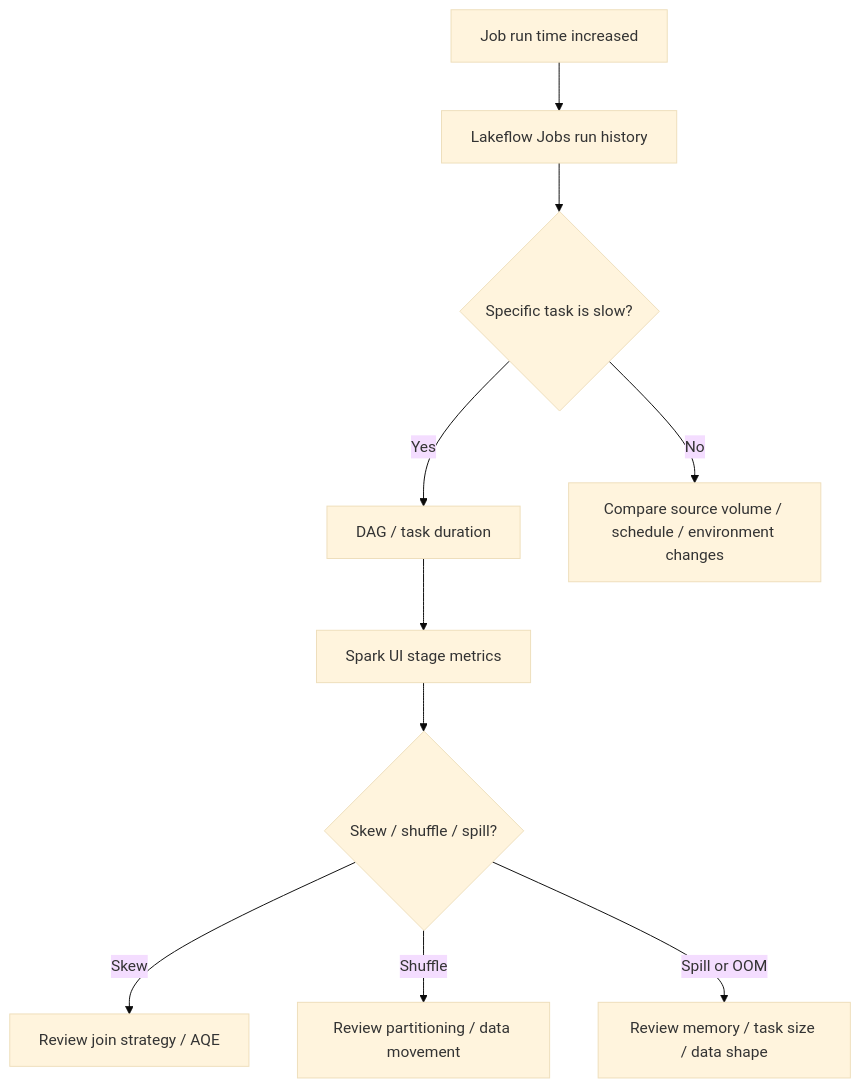
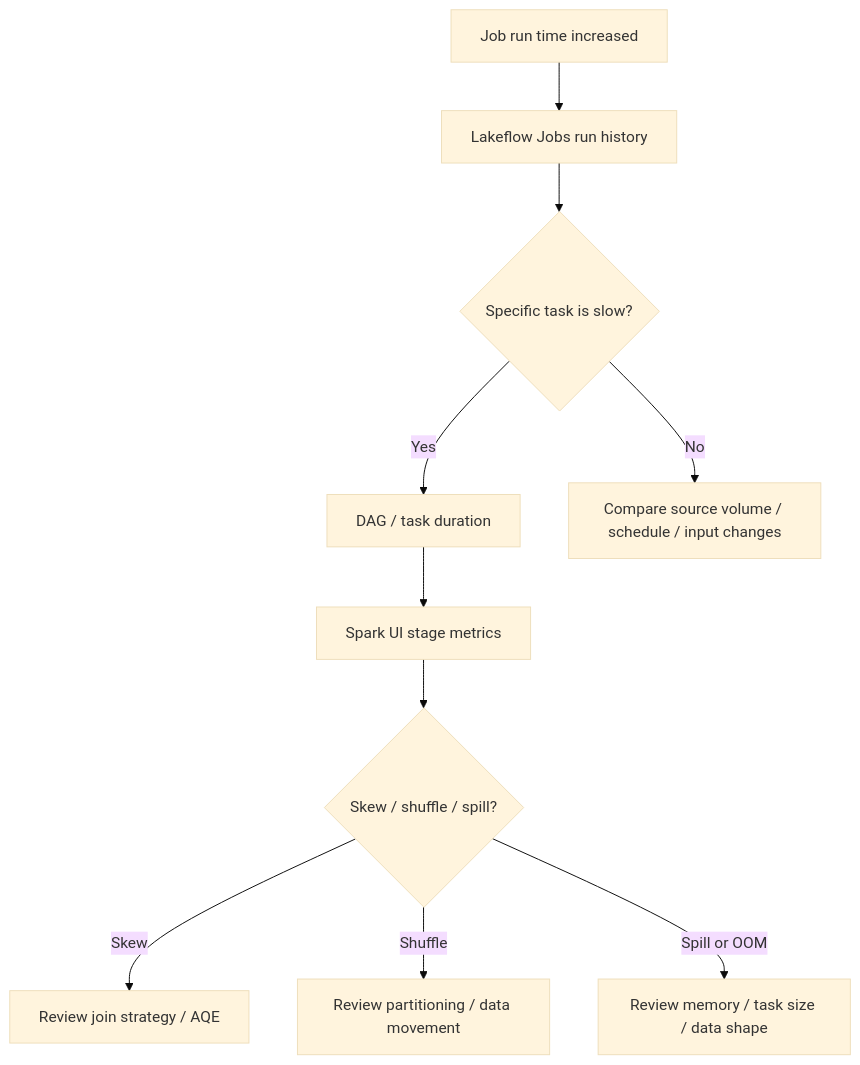
The diagram in dea-audio-learn/audio-scripts/dea-ops-001.md (yuyuyu0706/quiz-practice), drawn with Mermaid (base theme) before and after one commit. The commit also changed other lines of this file and 2 other files, not shown here.

````diff
--- a/dea-audio-learn/audio-scripts/dea-ops-001.md
+++ b/dea-audio-learn/audio-scripts/dea-ops-001.md
@@ -78,12 +82,12 @@
 ```mermaid
 flowchart TD
   A[Job run time increased] --> B[Lakeflow Jobs run history]
   B --> C{Specific task is slow?}
   C -->|Yes| D[DAG / task duration]
   D --> E[Spark UI stage metrics]
   E --> F{Skew / shuffle / spill?}
   F -->|Skew| G[Review join strategy / AQE]
   F -->|Shuffle| H[Review partitioning / data movement]
   F -->|Spill or OOM| I[Review memory / task size / data shape]
-  C -->|No| J[Compare source volume / schedule / environment changes]
+  C -->|No| J[Compare source volume / schedule / input changes]
 ```
````
